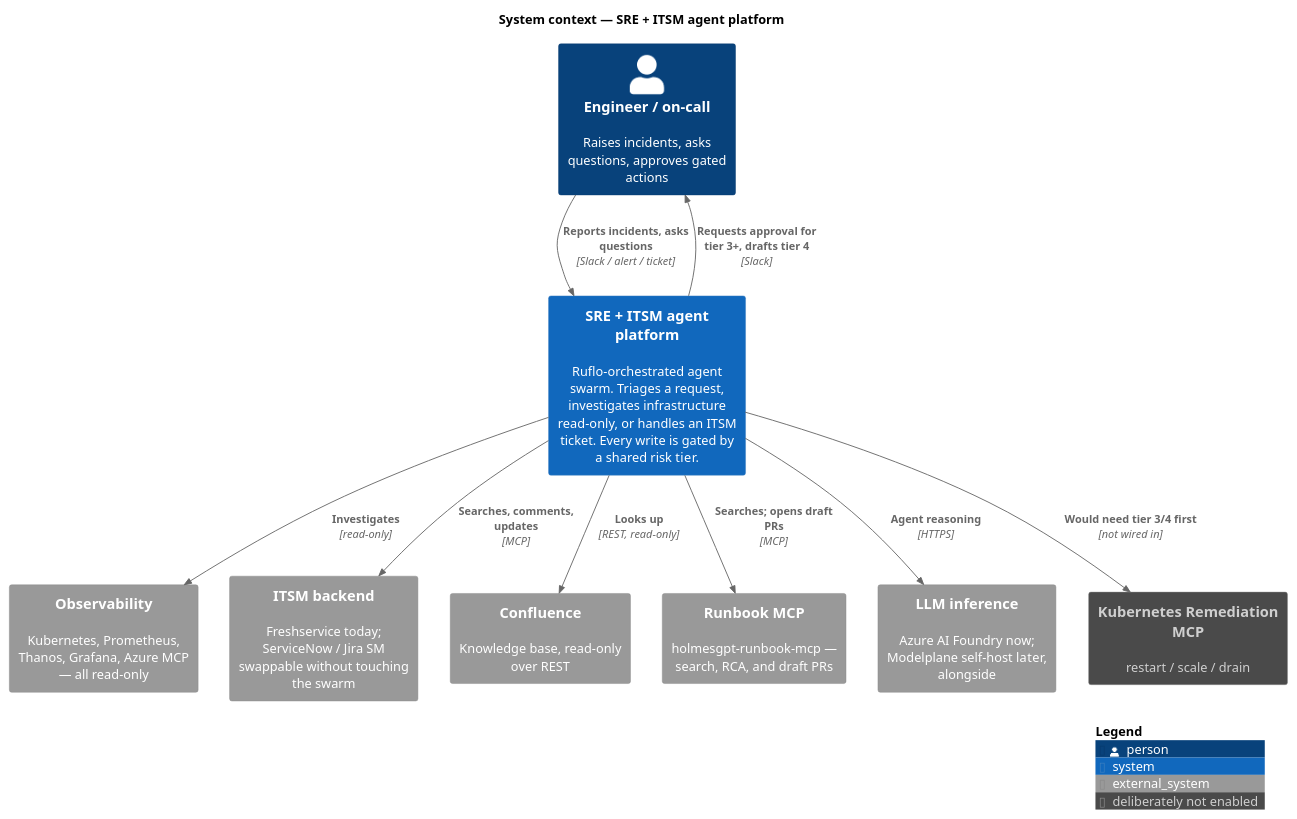
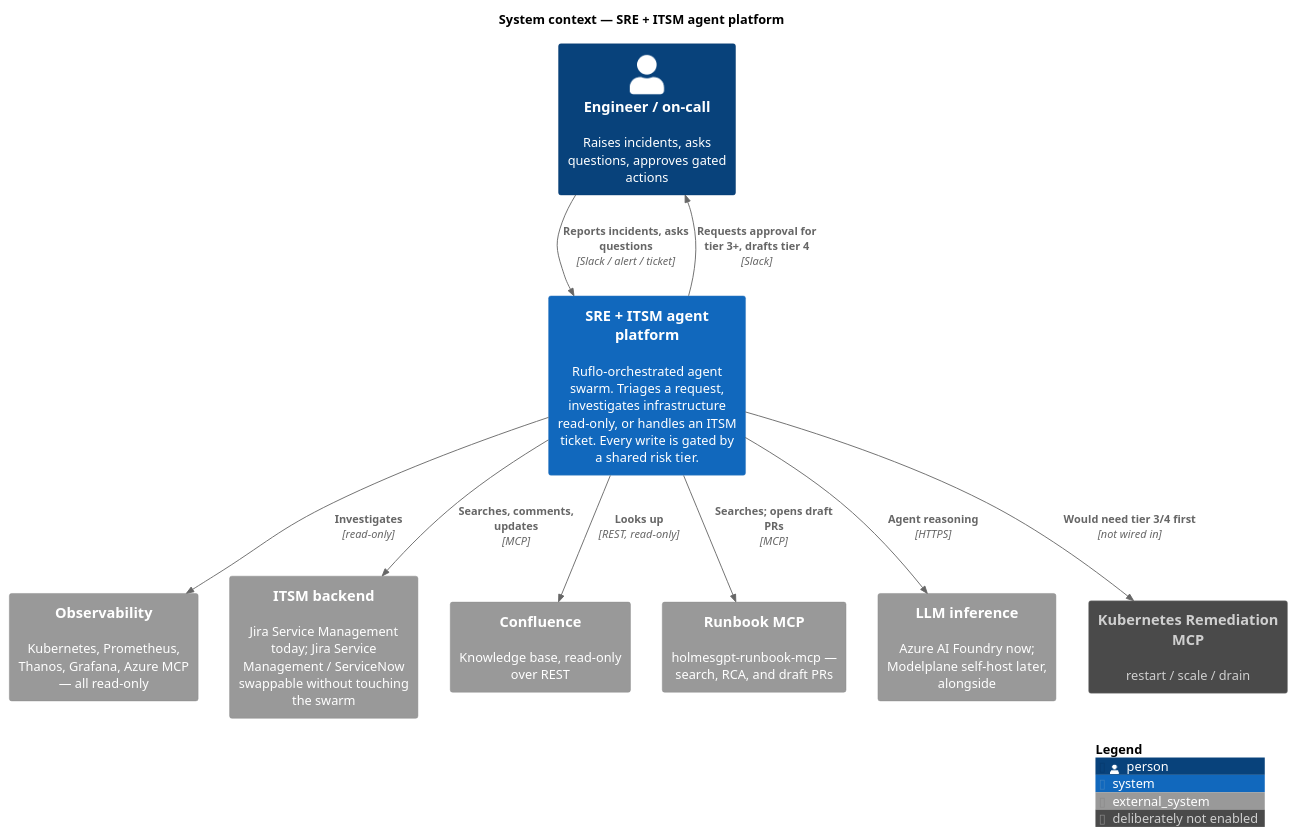
The diagram in docs/diagrams/c4-context.puml (polarpoint-io/platform-agent-stack), drawn with PlantUML before and after one commit. The commit also changed 33 other files, not shown here.

```diff
--- a/docs/diagrams/c4-context.puml
+++ b/docs/diagrams/c4-context.puml
@@ -1,31 +1,30 @@
 @startuml c4-context
 ' C4 level 1 — system context.
-' C4-PlantUML is vendored under c4-plantuml/ so rendering needs no network.
-!include c4-plantuml/C4_Context.puml
+!include <C4/C4_Context>
 
 title System context — SRE + ITSM agent platform
 
 AddElementTag("notEnabled", $bgColor="#4a4a4a", $fontColor="#cfcfcf", $borderColor="#8a8a8a", $legendText="deliberately not enabled")
 
 Person(engineer, "Engineer / on-call", "Raises incidents, asks questions, approves gated actions")
 
 System(platform, "SRE + ITSM agent platform", "Ruflo-orchestrated agent swarm. Triages a request, investigates infrastructure read-only, or handles an ITSM ticket. Every write is gated by a shared risk tier.")
 
 System_Ext(obs, "Observability", "Kubernetes, Prometheus, Thanos, Grafana, Azure MCP — all read-only")
-System_Ext(itsm, "ITSM backend", "Freshservice today; ServiceNow / Jira SM swappable without touching the swarm")
+System_Ext(itsm, "ITSM backend", "Jira Service Management today; Jira Service Management / ServiceNow swappable without touching the swarm")
 System_Ext(confluence, "Confluence", "Knowledge base, read-only over REST")
 System_Ext(runbooks, "Runbook MCP", "holmesgpt-runbook-mcp — search, RCA, and draft PRs")
 System_Ext(llm, "LLM inference", "Azure AI Foundry now; Modelplane self-host later, alongside")
 System_Ext(remediation, "Kubernetes Remediation MCP", "restart / scale / drain", $tags="notEnabled")
 
 Rel(engineer, platform, "Reports incidents, asks questions", "Slack / alert / ticket")
 Rel(platform, engineer, "Requests approval for tier 3+, drafts tier 4", "Slack")
 Rel(platform, obs, "Investigates", "read-only")
 Rel(platform, itsm, "Searches, comments, updates", "MCP")
 Rel(platform, confluence, "Looks up", "REST, read-only")
 Rel(platform, runbooks, "Searches; opens draft PRs", "MCP")
 Rel(platform, llm, "Agent reasoning", "HTTPS")
 Rel_D(platform, remediation, "Would need tier 3/4 first", "not wired in")
 
 SHOW_LEGEND()
 @enduml
```
